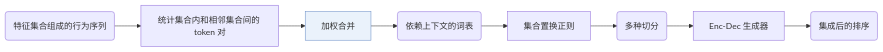
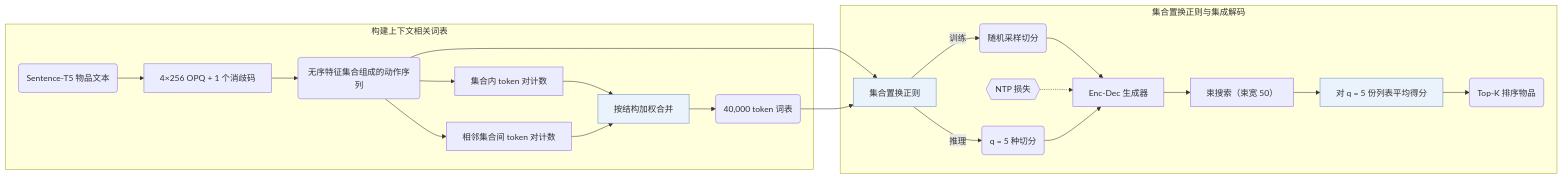
One commit to Galaxy-ghost/Awesome-SID-Generative-Rec changed the diagram in notes/zh/actionpiece.md. Above: the diagram before and after it, drawn with Mermaid. The commit also changed other lines of this file and 649 other files, not shown here.

Commit message:
writer-05: also tags and modality index (schema, check, build, visuals); summary field removed; calibration data for 12 papers

````diff
--- a/notes/zh/actionpiece.md
+++ b/notes/zh/actionpiece.md
@@ -9,11 +14,25 @@
 ```mermaid
 flowchart LR
-    A("特征集合组成的行为序列") --> B["统计集合内和相邻集合间的 token 对"]
-    B --> C["加权合并"]:::key
-    C --> D("依赖上下文的词表")
-    D --> E["集合置换正则"]
-    E --> F("多种切分")
-    F --> G["Enc-Dec 生成器"]
-    G --> H("集成后的排序")
+    subgraph Vocab["构建上下文相关词表"]
+        A("Sentence-T5 物品文本") --> B["4×256 OPQ + 1 个消歧码"]
+        B --> C("无序特征集合组成的动作序列")
+        C --> D1["集合内 token 对计数"]
+        C --> D2["相邻集合间 token 对计数"]
+        D1 --> M["按结构加权合并"]:::key
+        D2 --> M
+        M --> V("40,000 token 词表")
+    end
+    subgraph TrainInf["集合置换正则与集成解码"]
+        C --> P["集合置换正则"]:::key
+        V --> P
+        P -->|"训练"| S1("随机采样切分")
+        S1 --> G["Enc-Dec 生成器"]
+        L1{{"NTP 损失"}} -.-> G
+        P -->|"推理"| S2("q = 5 种切分")
+        S2 --> G
+        G --> BM["束搜索（束宽 50）"]
+        BM --> E["对 q = 5 份列表平均得分"]:::key
+        E --> R("Top-K 排序物品")
+    end
     classDef key fill:#eaf2fb,stroke:#6b8fc7
 ```
````
